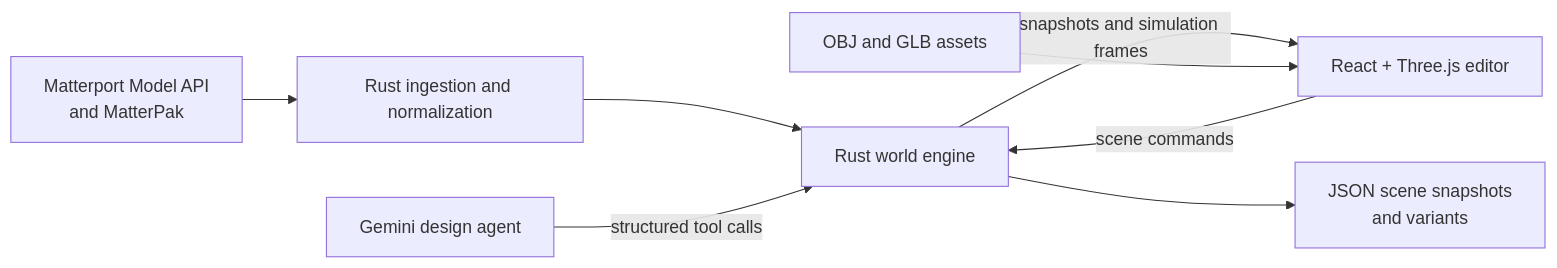
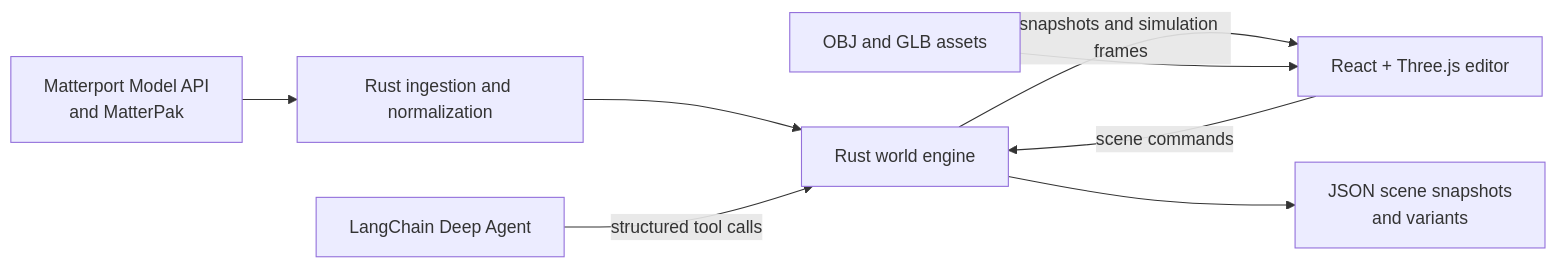
The diagram in TECH_STACK.md (tanaydonde/agni), drawn with Mermaid before and after one commit. The commit also changed other lines of this file and 1 other file, not shown here.

````diff
--- a/TECH_STACK.md
+++ b/TECH_STACK.md
@@ -13,10 +13,10 @@
 ```mermaid
 flowchart LR
     M[Matterport Model API<br/>and MatterPak] --> I[Rust ingestion and normalization]
     I --> W[Rust world engine]
-    G[Gemini design agent] -->|structured tool calls| W
+    G[LangChain Deep Agent] -->|structured tool calls| W
     U[React + Three.js editor] -->|scene commands| W
     W -->|snapshots and simulation frames| U
     W --> S[JSON scene snapshots<br/>and variants]
     A[OBJ and GLB assets] --> U
 ```
````
